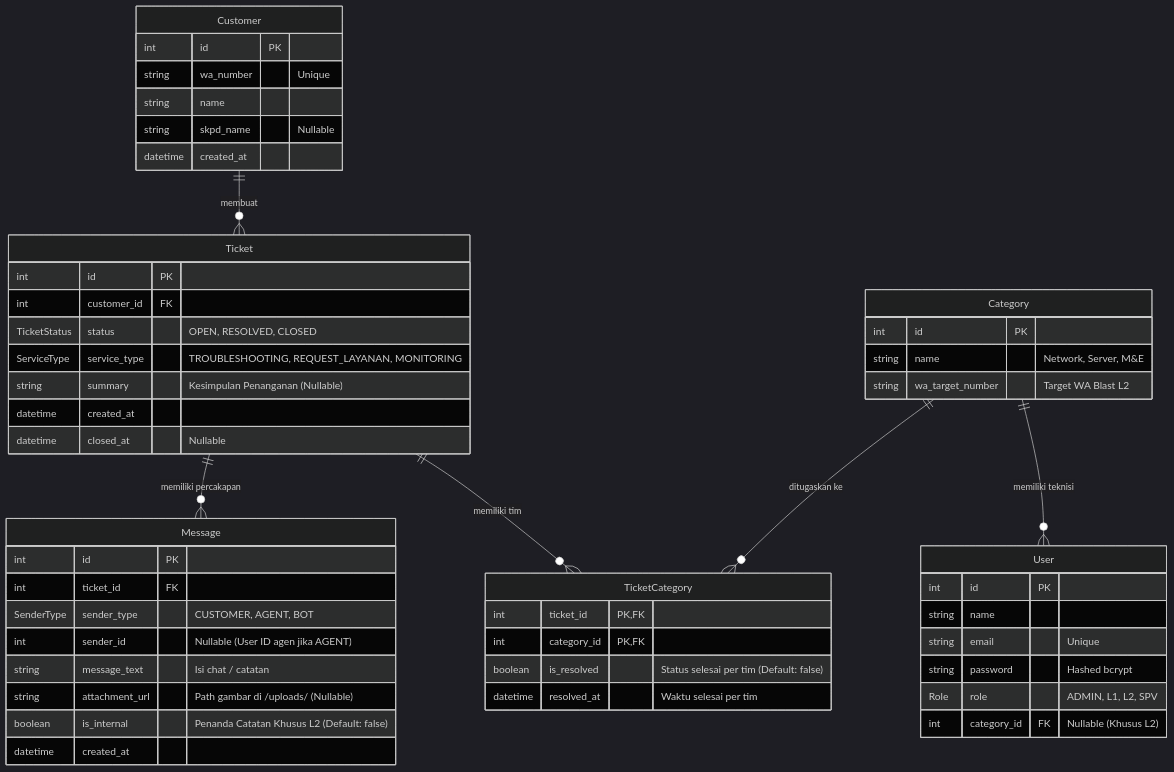
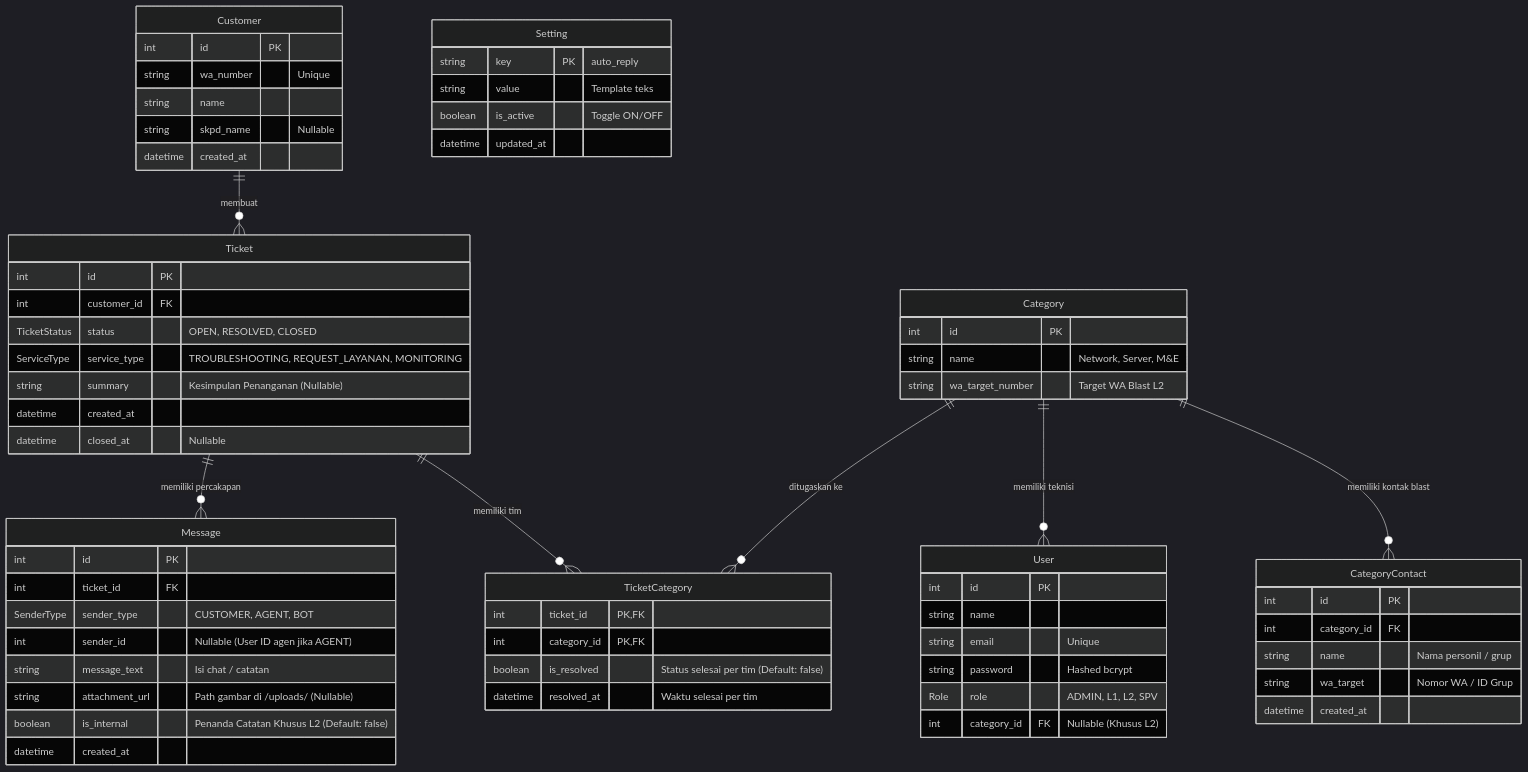
Before and after one commit to llaurensius/hts-chat-integration: the diagram in docs/Database_Schema.md, drawn with Mermaid (dark theme). The commit also changed 2 other files, not shown here.

Commit message:
feat(phase-1): add Setting and CategoryContact models to Prisma schema and sync DB

````diff
--- a/docs/Database_Schema.md
+++ b/docs/Database_Schema.md
@@ -10,59 +10,75 @@
 ```mermaid
 erDiagram
     Customer ||--o{ Ticket : "membuat"
     Category ||--o{ User : "memiliki teknisi"
     Category ||--o{ TicketCategory : "ditugaskan ke"
+    Category ||--o{ CategoryContact : "memiliki kontak blast"
     Ticket ||--o{ TicketCategory : "memiliki tim"
     Ticket ||--o{ Message : "memiliki percakapan"
 
     Customer {
         int id PK
         string wa_number "Unique"
         string name
         string skpd_name "Nullable"
         datetime created_at
     }
 
     Category {
         int id PK
         string name "Network, Server, M&E"
         string wa_target_number "Target WA Blast L2"
     }
 
     User {
         int id PK
         string name
         string email "Unique"
         string password "Hashed bcrypt"
         Role role "ADMIN, L1, L2, SPV"
         int category_id FK "Nullable (Khusus L2)"
     }
 
     Ticket {
         int id PK
         int customer_id FK
         TicketStatus status "OPEN, RESOLVED, CLOSED"
         ServiceType service_type "TROUBLESHOOTING, REQUEST_LAYANAN, MONITORING"
         string summary "Kesimpulan Penanganan (Nullable)"
         datetime created_at
         datetime closed_at "Nullable"
     }
 
     TicketCategory {
         int ticket_id PK, FK
         int category_id PK, FK
         boolean is_resolved "Status selesai per tim (Default: false)"
         datetime resolved_at "Waktu selesai per tim"
     }
 
+
+    CategoryContact {
+        int id PK
+        int category_id FK
+        string name "Nama personil / grup"
+        string wa_target "Nomor WA / ID Grup"
+        datetime created_at
+    }
+
+    Setting {
+        string key PK "auto_reply"
+        string value "Template teks"
+        boolean is_active "Toggle ON/OFF"
+        datetime updated_at
+    }
     Message {
         int id PK
         int ticket_id FK
         SenderType sender_type "CUSTOMER, AGENT, BOT"
         int sender_id "Nullable (User ID agen jika AGENT)"
         string message_text "Isi chat / catatan"
         string attachment_url "Path gambar di /uploads/ (Nullable)"
         boolean is_internal "Penanda Catatan Khusus L2 (Default: false)"
         datetime created_at
     }
 ```
````
